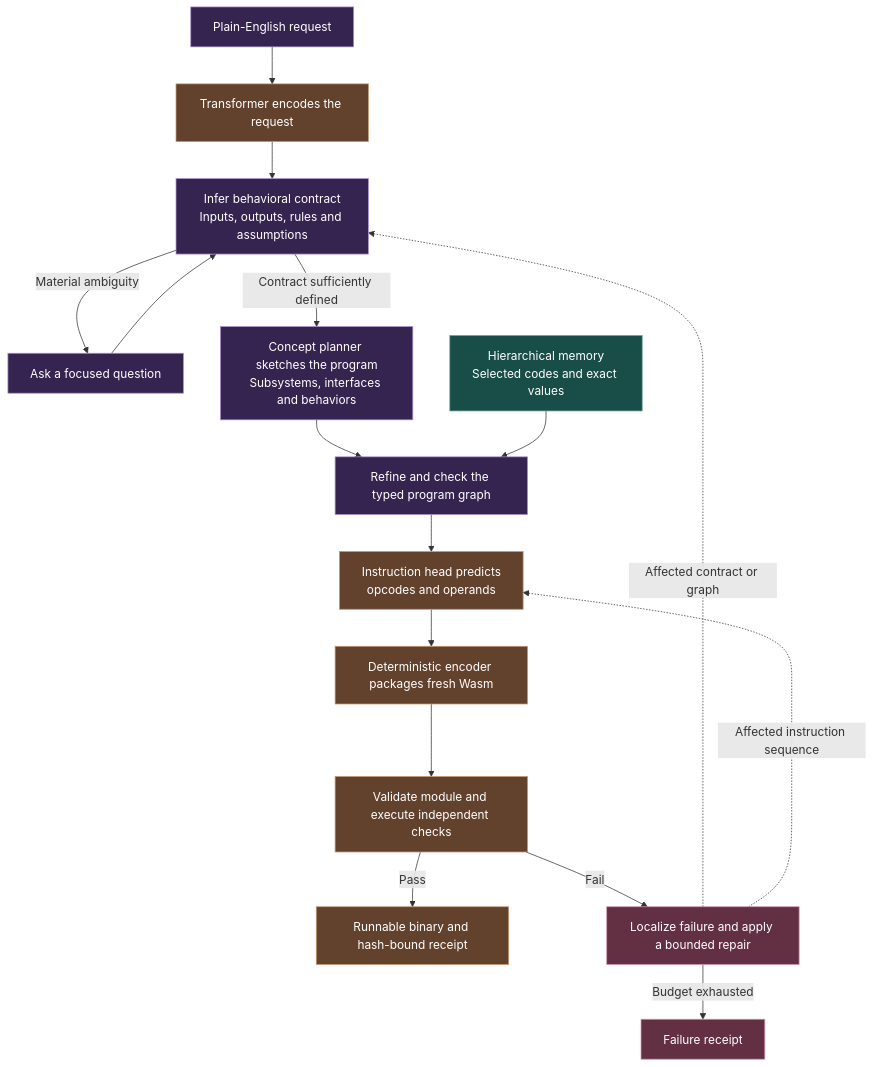
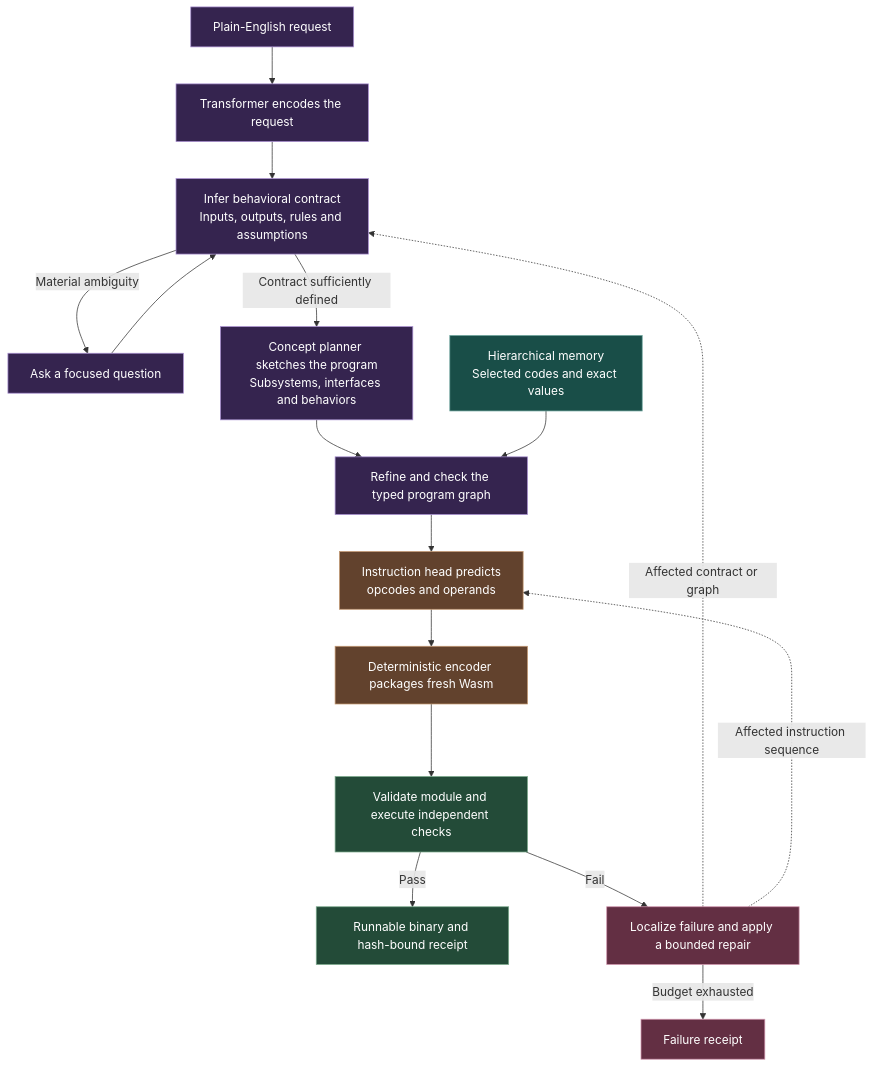
The first of 5 diagrams in docs/Architecture.md (Kian-hdr/lore-demo), drawn with Mermaid before and after one commit. The commit also changed other lines of this file and 5 other files, not shown here.

Commit message:
Make diagram colors follow subsystem responsibilities

````diff
--- a/docs/Architecture.md
+++ b/docs/Architecture.md
@@ -7,26 +7,28 @@
 ```mermaid
 flowchart TD
     P["Plain-English request"] --> E["Transformer encodes the request"]
     E --> C["Infer behavioral contract<br/>Inputs, outputs, rules and assumptions"]
     C -->|Material ambiguity| Q["Ask a focused question"]
     Q --> C
     C -->|Contract sufficiently defined| N["Concept planner sketches the program<br/>Subsystems, interfaces and behaviors"]
     N --> G["Refine and check the typed program graph"]
     M["Hierarchical memory<br/>Selected codes and exact values"] --> G
     G --> I["Instruction head predicts<br/>opcodes and operands"]
     I --> B["Deterministic encoder packages fresh Wasm"]
     B --> V["Validate module and execute independent checks"]
     V -->|Pass| R["Runnable binary and hash-bound receipt"]
     V -->|Fail| D["Localize failure and apply a bounded repair"]
     D -. "Affected contract or graph" .-> C
     D -. "Affected instruction sequence" .-> I
     D -->|Budget exhausted| X["Failure receipt"]
     classDef plan fill:#35244f,stroke:#aa91d2,color:#ffffff;
-    class P,C,Q,N,G plan;
-    classDef exec fill:#62422d,stroke:#c39770,color:#ffffff;
-    class E,I,B,V,R exec;
+    class P,C,Q,N,G,E plan;
     classDef data fill:#194e48,stroke:#6ea59d,color:#ffffff;
     class M data;
+    classDef exec fill:#62422d,stroke:#c39770,color:#ffffff;
+    class I,B exec;
+    classDef check fill:#234b38,stroke:#7ba98c,color:#ffffff;
+    class V,R check;
     classDef change fill:#632f43,stroke:#cf93ab,color:#ffffff;
     class D,X change;
 ```
````
